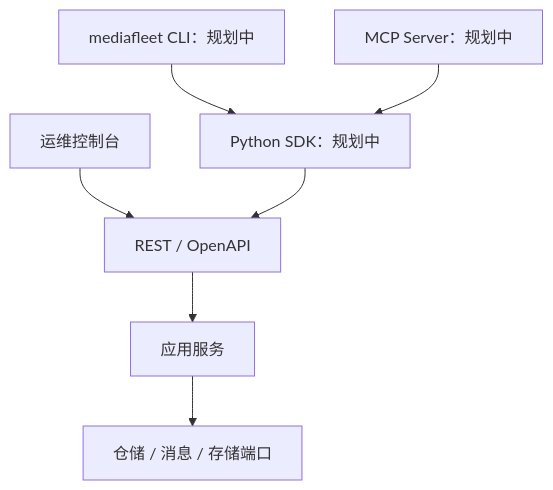
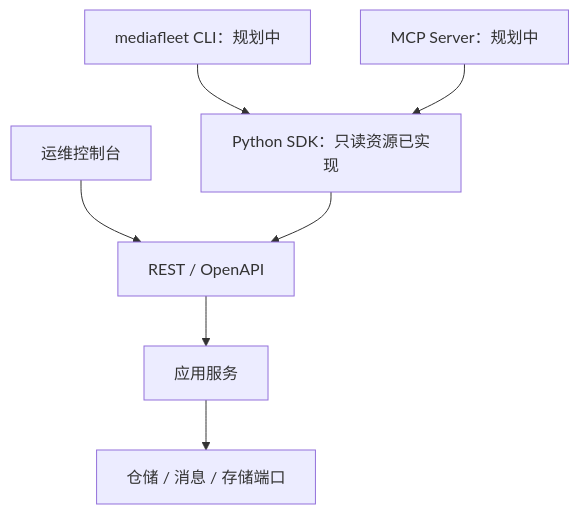
Before and after one commit to GitHubZhuMin/MediaFleet: the diagram in docs/architecture/interfaces.md, drawn with Mermaid. The commit also changed other lines of this file and 37 other files, not shown here.

Commit message:
feat: 添加 MediaFleet Python SDK (#12)

````diff
--- a/docs/architecture/interfaces.md
+++ b/docs/architecture/interfaces.md
@@ -7,17 +7,17 @@
 ```mermaid
 flowchart TB
     REST[REST / OpenAPI]
     Console[运维控制台]
-    SDK[Python SDK：规划中]
+    SDK[Python SDK：只读资源已实现]
     CLI[mediafleet CLI：规划中]
     MCP[MCP Server：规划中]
     App[应用服务]
     Ports[仓储 / 消息 / 存储端口]
 
     REST --> App
     Console --> REST
     SDK --> REST
     CLI --> SDK
     MCP --> SDK
     App --> Ports
 ```
````
